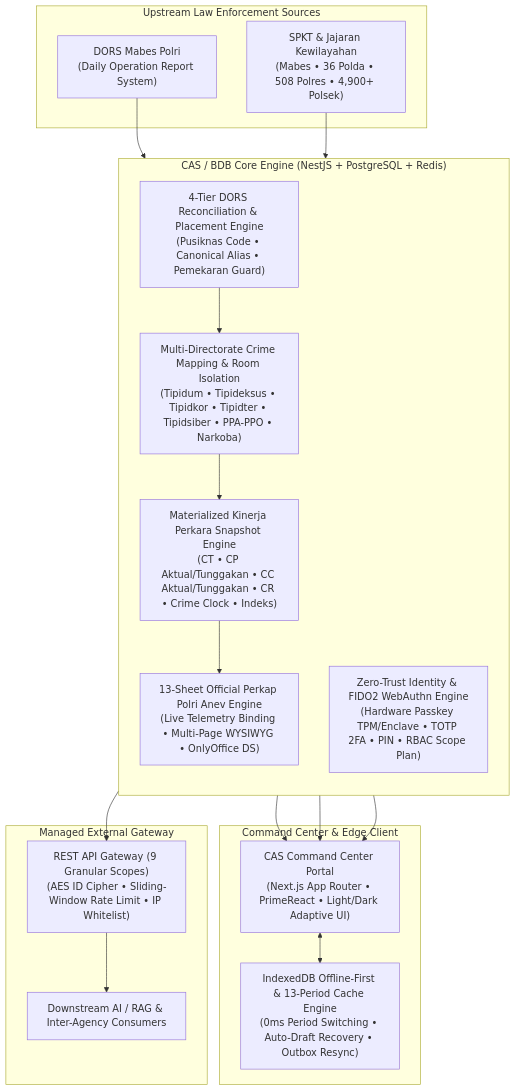
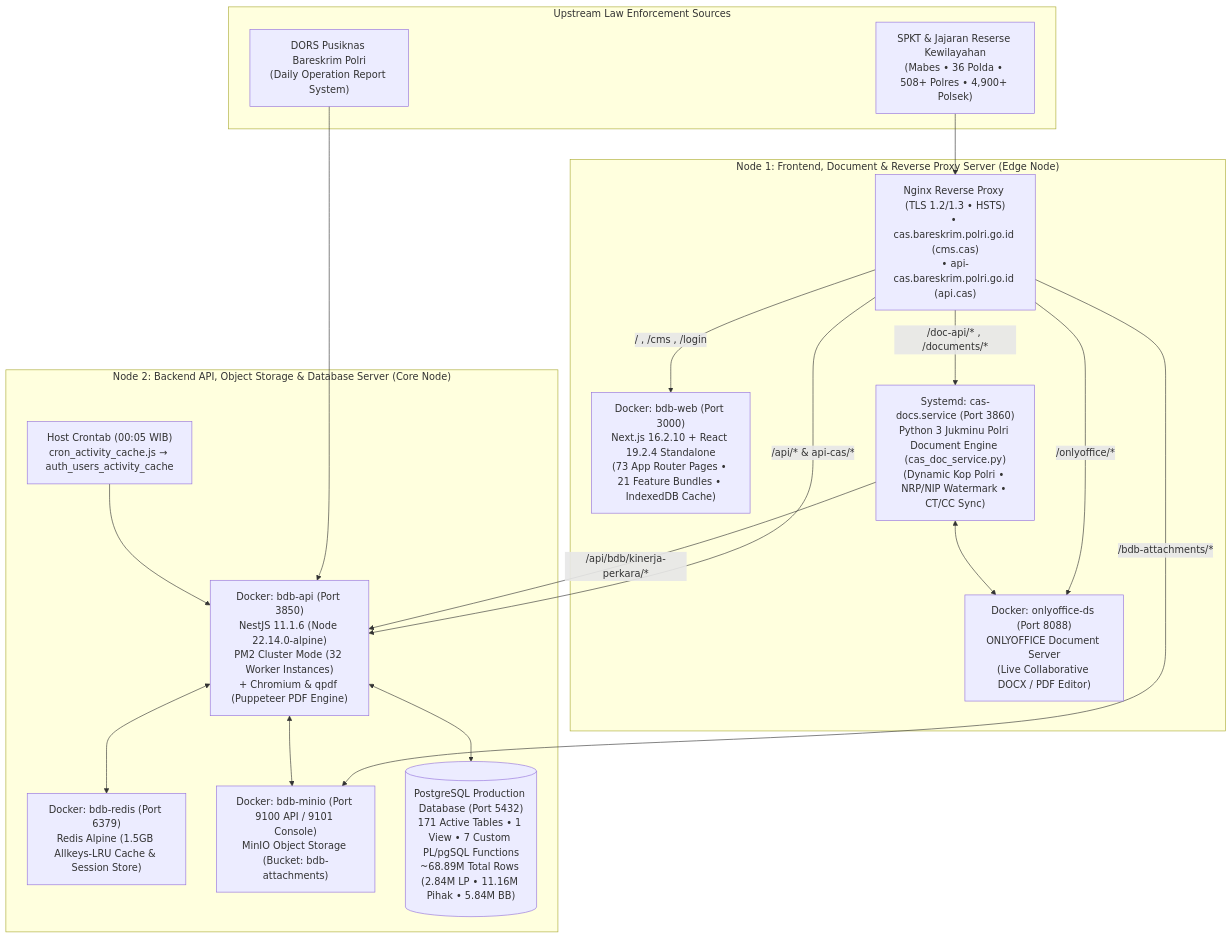
The diagram in README.md (omeko42/big-data-binops), drawn with Mermaid before and after one commit. The commit also changed other lines of this file and 486 other files, not shown here.

Commit message:
feat(architecture): sync complete real multi-node production codebase, live PostgreSQL DDL schema, 90 migrations, Jukminu/ONLYOFFICE doc service, and sanitized infra blueprints

````diff
--- a/README.md
+++ b/README.md
@@ -17,35 +17,36 @@
 ```mermaid
 flowchart TB
     subgraph Upstream["Upstream Law Enforcement Sources"]
-        DORS["DORS Mabes Polri<br/>(Daily Operation Report System)"]
-        SPKT["SPKT & Jajaran Kewilayahan<br/>(Mabes • 36 Polda • 508 Polres • 4,900+ Polsek)"]
+        DORS["DORS Pusiknas Bareskrim Polri<br/>(Daily Operation Report System)"]
+        SPKT["SPKT & Jajaran Reserse Kewilayahan<br/>(Mabes • 36 Polda • 508+ Polres • 4,900+ Polsek)"]
     end
 
-    subgraph Core["CAS / BDB Core Engine (NestJS + PostgreSQL + Redis)"]
-        direction TB
-        Ingest["4-Tier DORS Reconciliation & Placement Engine<br/>(Pusiknas Code • Canonical Alias • Pemekaran Guard)"]
-        Taxonomy["Multi-Directorate Crime Mapping & Room Isolation<br/>(Tipidum • Tipideksus • Tipidkor • Tipidter • Tipidsiber • PPA-PPO • Narkoba)"]
-        Snapshot["Materialized Kinerja Perkara Snapshot Engine<br/>(CT • CP Aktual/Tunggakan • CC Aktual/Tunggakan • CR • Crime Clock • Indeks)"]
-        Auth["Zero-Trust Identity & FIDO2 WebAuthn Engine<br/>(Hardware Passkey TPM/Enclave • TOTP 2FA • PIN • RBAC Scope Plan)"]
-        Anev["13-Sheet Official Perkap Polri Anev Engine<br/>(Live Telemetry Binding • Multi-Page WYSIWYG • OnlyOffice DS)"]
+    subgraph EdgeNode["Node 1: Frontend, Document & Reverse Proxy Server (Edge Node)"]
+        Nginx["Nginx Reverse Proxy (TLS 1.2/1.3 • HSTS)<br/>• cas.bareskrim.polri.go.id (cms.cas)<br/>• api-cas.bareskrim.polri.go.id (api.cas)"]
+        BdbWeb["Docker: bdb-web (Port 3000)<br/>Next.js 16.2.10 + React 19.2.4 Standalone<br/>(73 App Router Pages • 21 Feature Bundles • IndexedDB Cache)"]
+        CasDocs["Systemd: cas-docs.service (Port 3860)<br/>Python 3 Jukminu Polri Document Engine (cas_doc_service.py)<br/>(Dynamic Kop Polri • NRP/NIP Watermark • CT/CC Sync)"]
+        OnlyOffice["Docker: onlyoffice-ds (Port 8088)<br/>ONLYOFFICE Document Server<br/>(Live Collaborative DOCX / PDF Editor)"]
     end
 
-    subgraph Client["Command Center & Edge Client"]
-        Portal["CAS Command Center Portal<br/>(Next.js App Router • PrimeReact • Light/Dark Adaptive UI)"]
-        Offline["IndexedDB Offline-First & 13-Period Cache Engine<br/>(0ms Period Switching • Auto-Draft Recovery • Outbox Resync)"]
+    subgraph CoreNode["Node 2: Backend API, Object Storage & Database Server (Core Node)"]
+        BdbApi["Docker: bdb-api (Port 3850)<br/>NestJS 11.1.6 (Node 22.14.0-alpine)<br/>PM2 Cluster Mode (32 Worker Instances)<br/>+ Chromium & qpdf (Puppeteer PDF Engine)"]
+        BdbRedis["Docker: bdb-redis (Port 6379)<br/>Redis Alpine (1.5GB Allkeys-LRU Cache & Session Store)"]
+        BdbMinio["Docker: bdb-minio (Port 9100 API / 9101 Console)<br/>MinIO Object Storage (Bucket: bdb-attachments)"]
+        Postgres[("PostgreSQL Production Database (Port 5432)<br/>171 Active Tables • 1 View • 7 Custom PL/pgSQL Functions<br/>~68.89M Total Rows (2.84M LP • 11.16M Pihak • 5.84M BB)")]
+        CronBe["Host Crontab (00:05 WIB)<br/>cron_activity_cache.js → auth_users_activity_cache"]
     end
 
-    subgraph External["Managed External Gateway"]
-        Gateway["REST API Gateway (9 Granular Scopes)<br/>(AES ID Cipher • Sliding-Window Rate Limit • IP Whitelist)"]
-        GenAI["Downstream AI / RAG & Inter-Agency Consumers"]
-    end
-
-    DORS --> Ingest
-    SPKT --> Ingest
-    Ingest --> Taxonomy --> Snapshot
-    Snapshot --> Portal
-    Snapshot --> Anev --> Portal
-    Auth --> Portal
-    Portal <--> Offline
-    Snapshot --> Gateway --> GenAI
+    DORS --> BdbApi
+    SPKT --> Nginx
+    Nginx -->|"/ , /cms , /login"| BdbWeb
+    Nginx -->|"/doc-api/* , /documents/*"| CasDocs
+    Nginx -->|"/onlyoffice/*"| OnlyOffice
+    Nginx -->|"/api/* & api-cas/*"| BdbApi
+    Nginx -->|"/bdb-attachments/*"| BdbMinio
+    CasDocs <--> OnlyOffice
+    CasDocs -->|"/api/bdb/kinerja-perkara/*"| BdbApi
+    BdbApi <--> Postgres
+    BdbApi <--> BdbRedis
+    BdbApi <--> BdbMinio
+    CronBe --> BdbApi
 ```
````
